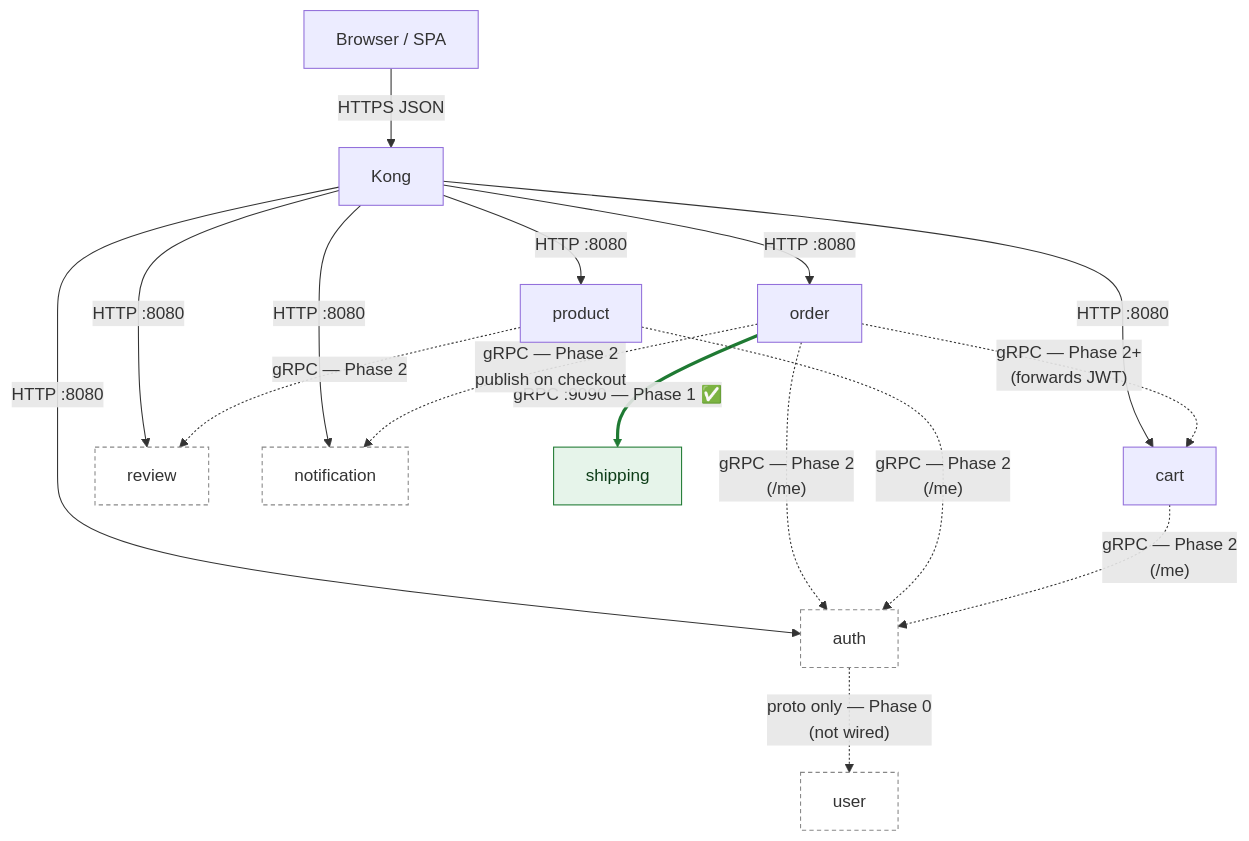
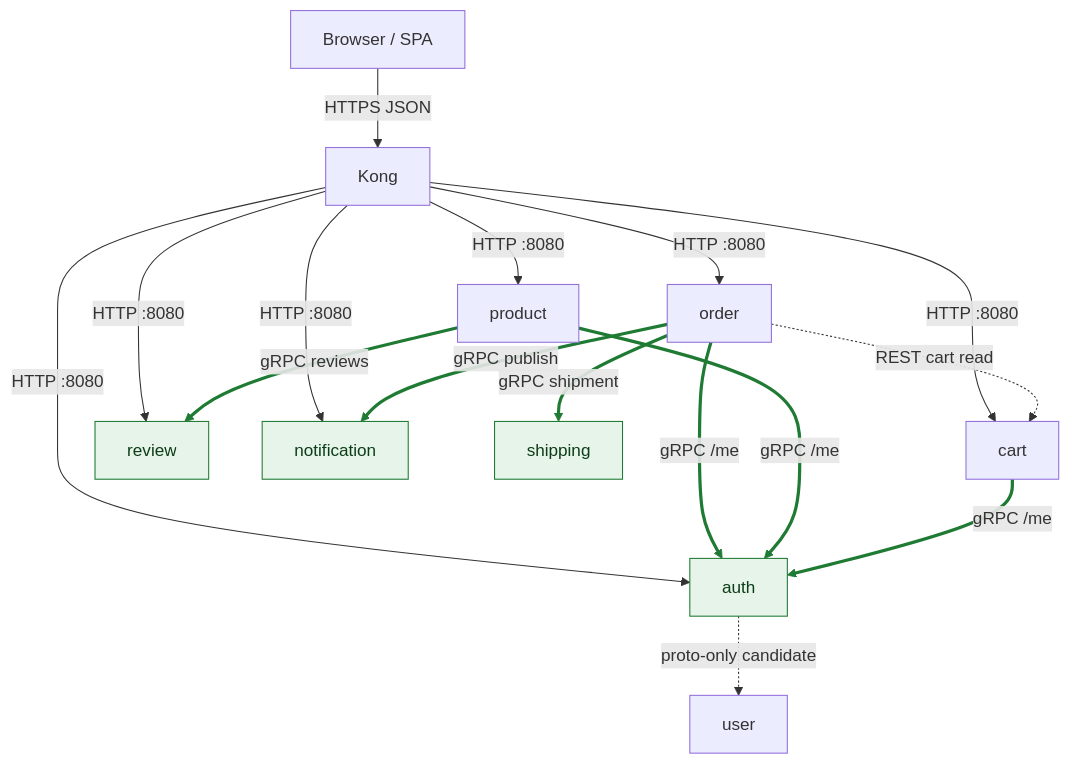
Before and after one commit to duynhlab/homelab: the fourth of 4 diagrams in docs/api/grpc-internal-comms.md, drawn with Mermaid. The commit also changed other lines of this file and 1 other file, not shown here.

First line of the commit message:
Docs: gRPC east-west migration complete

````diff
--- a/docs/api/grpc-internal-comms.md
+++ b/docs/api/grpc-internal-comms.md
@@ -288,30 +298,26 @@
 ```mermaid
 flowchart TD
     B[Browser / SPA] -->|HTTPS JSON| K[Kong]
     K -->|HTTP :8080| ORDER[order]
     K -->|HTTP :8080| PRODUCT[product]
     K -->|HTTP :8080| CART[cart]
     K -->|HTTP :8080| AUTH[auth]
     K -->|HTTP :8080| REVIEW[review]
     K -->|HTTP :8080| NOTIF[notification]
 
-    %% Phase 1 — implemented
-    ORDER ==>|"gRPC :9090 — Phase 1 ✅"| SHIP[shipping]
+    %% All east-west hops are gRPC-only (:9090)
+    ORDER ==>|"gRPC /me"| AUTH
+    PRODUCT ==>|"gRPC /me"| AUTH
+    CART ==>|"gRPC /me"| AUTH
+    ORDER ==>|"gRPC shipment"| SHIP[shipping]
+    PRODUCT ==>|"gRPC reviews"| REVIEW
+    ORDER ==>|"gRPC publish"| NOTIF
 
-    %% Phase 2 — planned
-    ORDER -. "gRPC — Phase 2<br/>(/me)" .-> AUTH
-    PRODUCT -. "gRPC — Phase 2<br/>(/me)" .-> AUTH
-    CART -. "gRPC — Phase 2<br/>(/me)" .-> AUTH
-    PRODUCT -. "gRPC — Phase 2" .-> REVIEW
-    ORDER -. "gRPC — Phase 2<br/>publish on checkout" .-> NOTIF
+    %% Not migrated / candidate
+    ORDER -. "REST cart read" .-> CART
+    AUTH -. "proto-only candidate" .-> USER[user]
 
-    %% Phase 2+ / Phase 0 design-only
-    ORDER -. "gRPC — Phase 2+<br/>(forwards JWT)" .-> CART
-    AUTH -. "proto only — Phase 0<br/>(not wired)" .-> USER[user]
-
-    linkStyle 7 stroke:#1f7a33,stroke-width:3px
+    linkStyle 7,8,9,10,11,12 stroke:#1f7a33,stroke-width:3px
     classDef live fill:#e6f4ea,stroke:#1f7a33,color:#0d3d18
-    classDef plan fill:#fff,stroke:#888,color:#333,stroke-dasharray:4 3
-    class SHIP live
-    class AUTH,REVIEW,NOTIF,USER plan
+    class AUTH,SHIP,REVIEW,NOTIF live
 ```
````
